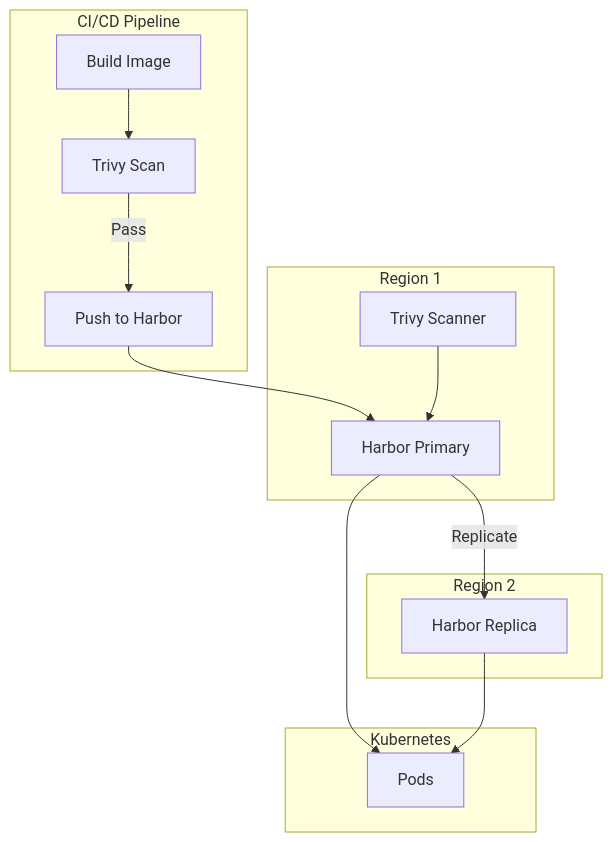
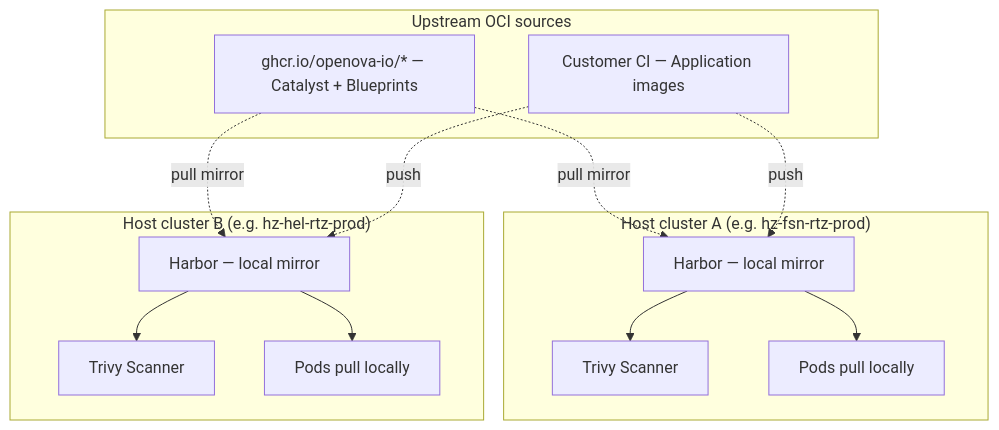
The first of 4 diagrams in platform/harbor/README.md (openova-io/openova), drawn with Mermaid before and after one commit. The commit also changed other lines of this file and 2 other files, not shown here.

First line of the commit message:
docs(pass-17): ARCHITECTURE OAM table pipe-fix + Harbor README de-drift

````diff
--- a/platform/harbor/README.md
+++ b/platform/harbor/README.md
@@ -13,29 +13,28 @@
 ```mermaid
 flowchart TB
-    subgraph CI["CI/CD Pipeline"]
-        Build[Build Image]
-        Scan[Trivy Scan]
-        Push[Push to Harbor]
+    subgraph Upstream["Upstream OCI sources"]
+        GHCR[ghcr.io/openova-io/* — Catalyst + Blueprints]
+        CustCI[Customer CI — Application images]
     end
 
-    subgraph Region1["Region 1"]
-        H1[Harbor Primary]
+    subgraph Cluster1["Host cluster A (e.g. hz-fsn-rtz-prod)"]
+        H1[Harbor — local mirror]
         T1[Trivy Scanner]
+        Pods1[Pods pull locally]
     end
 
-    subgraph Region2["Region 2"]
-        H2[Harbor Replica]
+    subgraph Cluster2["Host cluster B (e.g. hz-hel-rtz-prod)"]
+        H2[Harbor — local mirror]
+        T2[Trivy Scanner]
+        Pods2[Pods pull locally]
     end
 
-    subgraph K8s["Kubernetes"]
-        Pods[Pods]
-    end
-
-    Build --> Scan
-    Scan -->|"Pass"| Push
-    Push --> H1
-    H1 -->|"Replicate"| H2
-    H1 --> Pods
-    H2 --> Pods
-    T1 --> H1
+    GHCR -.->|"pull mirror"| H1
+    CustCI -.->|"push"| H1
+    GHCR -.->|"pull mirror"| H2
+    CustCI -.->|"push"| H2
+    H1 --> T1
+    H2 --> T2
+    H1 --> Pods1
+    H2 --> Pods2
 ```
````
